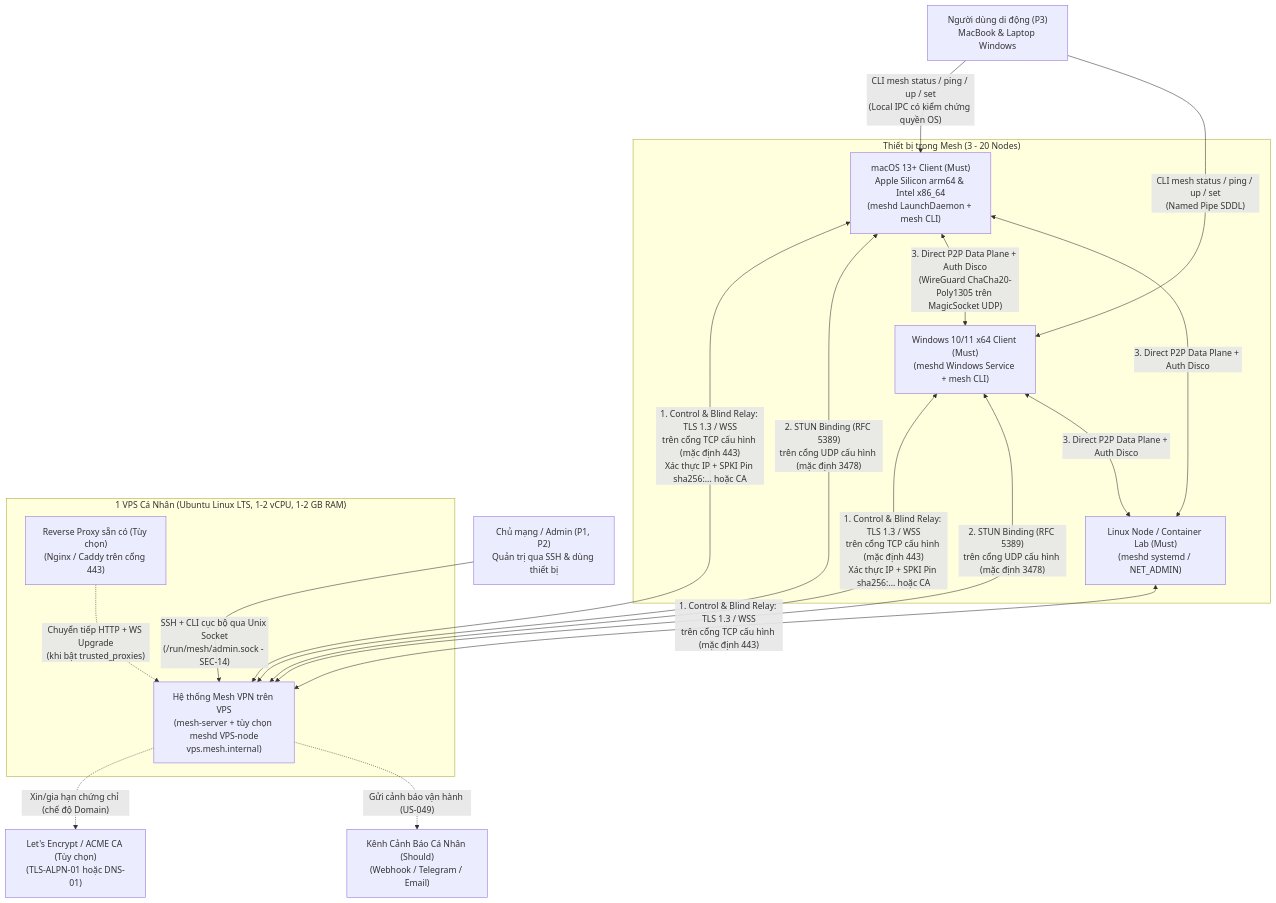
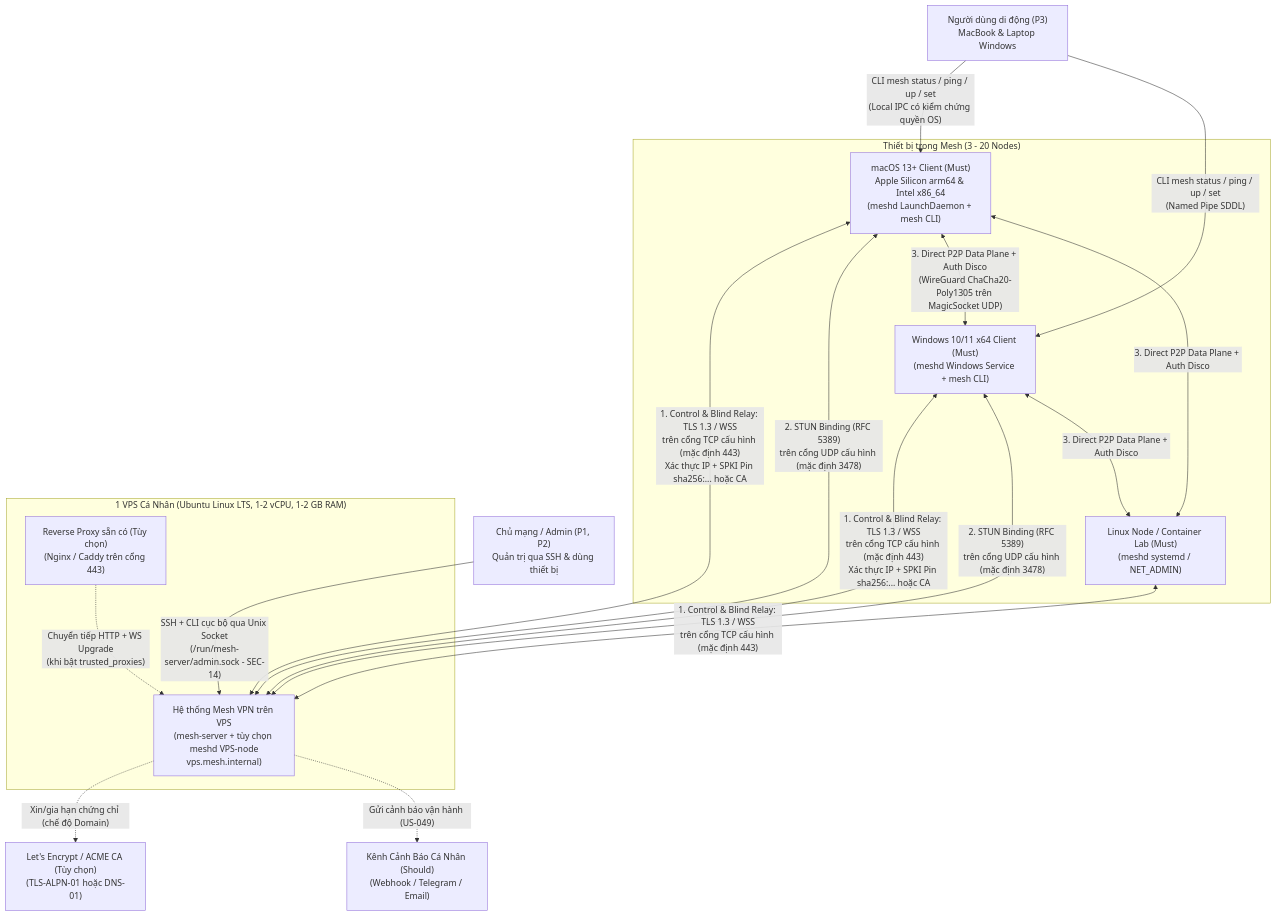
One commit to nguyenvando420-spec/mesh-vpn changed the first of 11 diagrams in docs/03-system-design/system-architecture.md. Above: the diagram before and after it, drawn with Mermaid. The commit also changed other lines of this file and 9 other files, not shown here.

````diff
--- a/docs/03-system-design/system-architecture.md
+++ b/docs/03-system-design/system-architecture.md
@@ -57,38 +57,38 @@
 ```mermaid
 flowchart TD
     Admin["Chủ mạng / Admin (P1, P2)<br/>Quản trị qua SSH & dùng thiết bị"]
     MobileUser["Người dùng di động (P3)<br/>MacBook & Laptop Windows"]
 
     subgraph ClientDevices["Thiết bị trong Mesh (3 - 20 Nodes)"]
         MacNode["macOS 13+ Client (Must)<br/>Apple Silicon arm64 & Intel x86_64<br/>(meshd LaunchDaemon + mesh CLI)"]
         WinNode["Windows 10/11 x64 Client (Must)<br/>(meshd Windows Service + mesh CLI)"]
         LinuxLabNode["Linux Node / Container Lab (Must)<br/>(meshd systemd / NET_ADMIN)"]
     end
 
     subgraph VPSHost["1 VPS Cá Nhân (Ubuntu Linux LTS, 1-2 vCPU, 1-2 GB RAM)"]
         RevProxy["Reverse Proxy sẵn có (Tùy chọn)<br/>(Nginx / Caddy trên cổng 443)"]
         MeshSystem["Hệ thống Mesh VPN trên VPS<br/>(mesh-server + tùy chọn meshd VPS-node<br/>vps.mesh.internal)"]
     end
 
     AcmeCA["Let's Encrypt / ACME CA (Tùy chọn)<br/>(TLS-ALPN-01 hoặc DNS-01)"]
     AlertSink["Kênh Cảnh Báo Cá Nhân (Should)<br/>(Webhook / Telegram / Email)"]
 
-    Admin -->|"SSH + CLI cục bộ qua Unix Socket<br/>(/run/mesh/admin.sock - SEC-14)"| MeshSystem
+    Admin -->|"SSH + CLI cục bộ qua Unix Socket<br/>(/run/mesh-server/admin.sock - SEC-14)"| MeshSystem
     MobileUser -->|"CLI mesh status / ping / up / set<br/>(Local IPC có kiểm chứng quyền OS)"| MacNode
     MobileUser -->|"CLI mesh status / ping / up / set<br/>(Named Pipe SDDL)"| WinNode
 
     MacNode <-->|"1. Control & Blind Relay: TLS 1.3 / WSS<br/>trên cổng TCP cấu hình (mặc định 443)<br/>Xác thực IP + SPKI Pin sha256:... hoặc CA"| MeshSystem
     WinNode <-->|"1. Control & Blind Relay: TLS 1.3 / WSS<br/>trên cổng TCP cấu hình (mặc định 443)<br/>Xác thực IP + SPKI Pin sha256:... hoặc CA"| MeshSystem
     LinuxLabNode <-->|"1. Control & Blind Relay: TLS 1.3 / WSS<br/>trên cổng TCP cấu hình (mặc định 443)"| MeshSystem
 
     MacNode <-->|"2. STUN Binding (RFC 5389)<br/>trên cổng UDP cấu hình (mặc định 3478)"| MeshSystem
     WinNode <-->|"2. STUN Binding (RFC 5389)<br/>trên cổng UDP cấu hình (mặc định 3478)"| MeshSystem
 
     MacNode <-->|"3. Direct P2P Data Plane + Auth Disco<br/>(WireGuard ChaCha20-Poly1305 trên MagicSocket UDP)"| WinNode
     MacNode <-->|"3. Direct P2P Data Plane + Auth Disco"| LinuxLabNode
     WinNode <-->|"3. Direct P2P Data Plane + Auth Disco"| LinuxLabNode
 
     RevProxy -.->|"Chuyển tiếp HTTP + WS Upgrade<br/>(khi bật trusted_proxies)"| MeshSystem
     MeshSystem -.->|"Xin/gia hạn chứng chỉ (chế độ Domain)"| AcmeCA
     MeshSystem -.->|"Gửi cảnh báo vận hành (US-049)"| AlertSink
 ```
````
